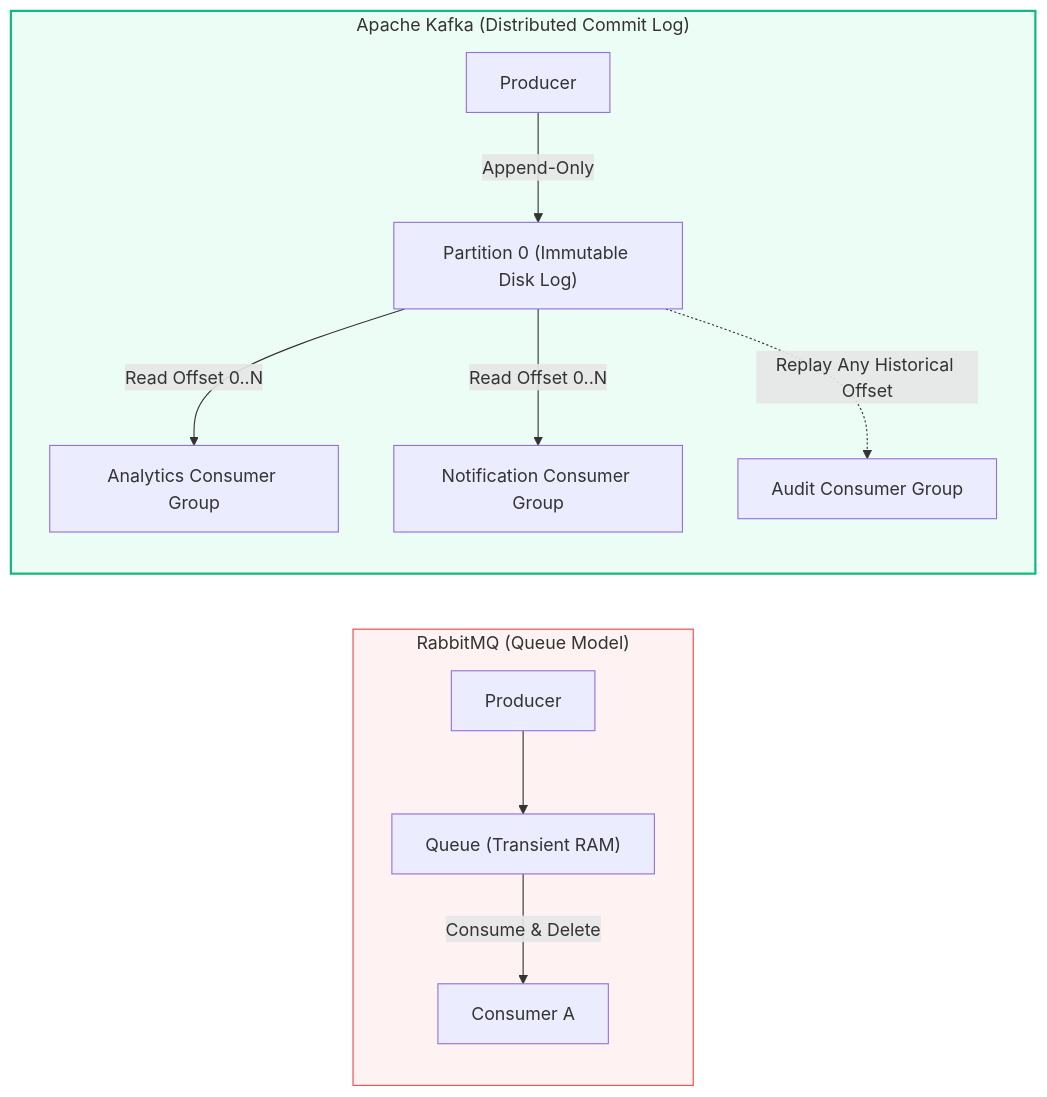
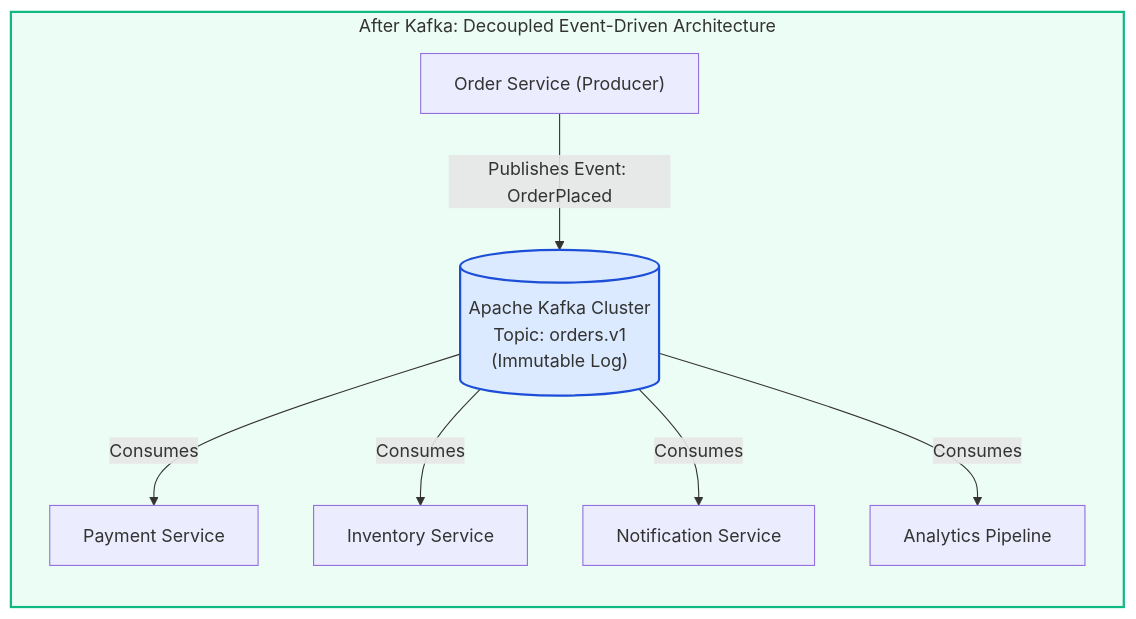
The second of 5 diagrams in 03-Apache-Kafka/01-Architecture-and-Log-Internals.md (PandeyKishan/Study-Notes), drawn with Mermaid before and after one commit. The commit also changed other lines of this file and 20 other files, not shown here.

````diff
--- a/03-Apache-Kafka/01-Architecture-and-Log-Internals.md
+++ b/03-Apache-Kafka/01-Architecture-and-Log-Internals.md
@@ -14,17 +49,14 @@
 ```mermaid
 flowchart LR
-    subgraph Traditional_Queue["RabbitMQ (Queue Model)"]
-        P1["Producer"] --> Q1["Queue (Transient RAM)"]
-        Q1 -->|Consume & Delete| C1["Consumer A"]
+    subgraph Event_Driven["After Kafka: Decoupled Event-Driven Architecture"]
+        Order["Order Service (Producer)"] -->|Publishes Event: OrderPlaced| KafkaTopic[("Apache Kafka Cluster\nTopic: orders.v1\n(Immutable Log)")]
+
+        KafkaTopic -->|Consumes| Pay["Payment Service"]
+        KafkaTopic -->|Consumes| Inv["Inventory Service"]
+        KafkaTopic -->|Consumes| Notif["Notification Service"]
+        KafkaTopic -->|Consumes| Analytics["Analytics Pipeline"]
     end
 
-    subgraph Kafka_Log["Apache Kafka (Distributed Commit Log)"]
-        P2["Producer"] -->|Append-Only| T1["Partition 0 (Immutable Disk Log)"]
-        T1 -->|Read Offset 0..N| CG1["Analytics Consumer Group"]
-        T1 -->|Read Offset 0..N| CG2["Notification Consumer Group"]
-        T1 -.->|Replay Any Historical Offset| CG3["Audit Consumer Group"]
-    end
-
-    style Traditional_Queue fill:#fef2f2,stroke:#ef4444,stroke-width:1px
-    style Kafka_Log fill:#ecfdf5,stroke:#10b981,stroke-width:2px
+    style Event_Driven fill:#ecfdf5,stroke:#10b981,stroke-width:2px
+    style KafkaTopic fill:#dbeafe,stroke:#1d4ed8,stroke-width:2px
 ```
````
